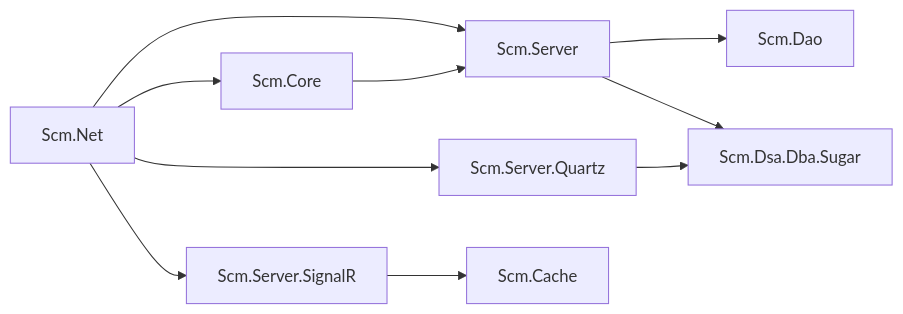
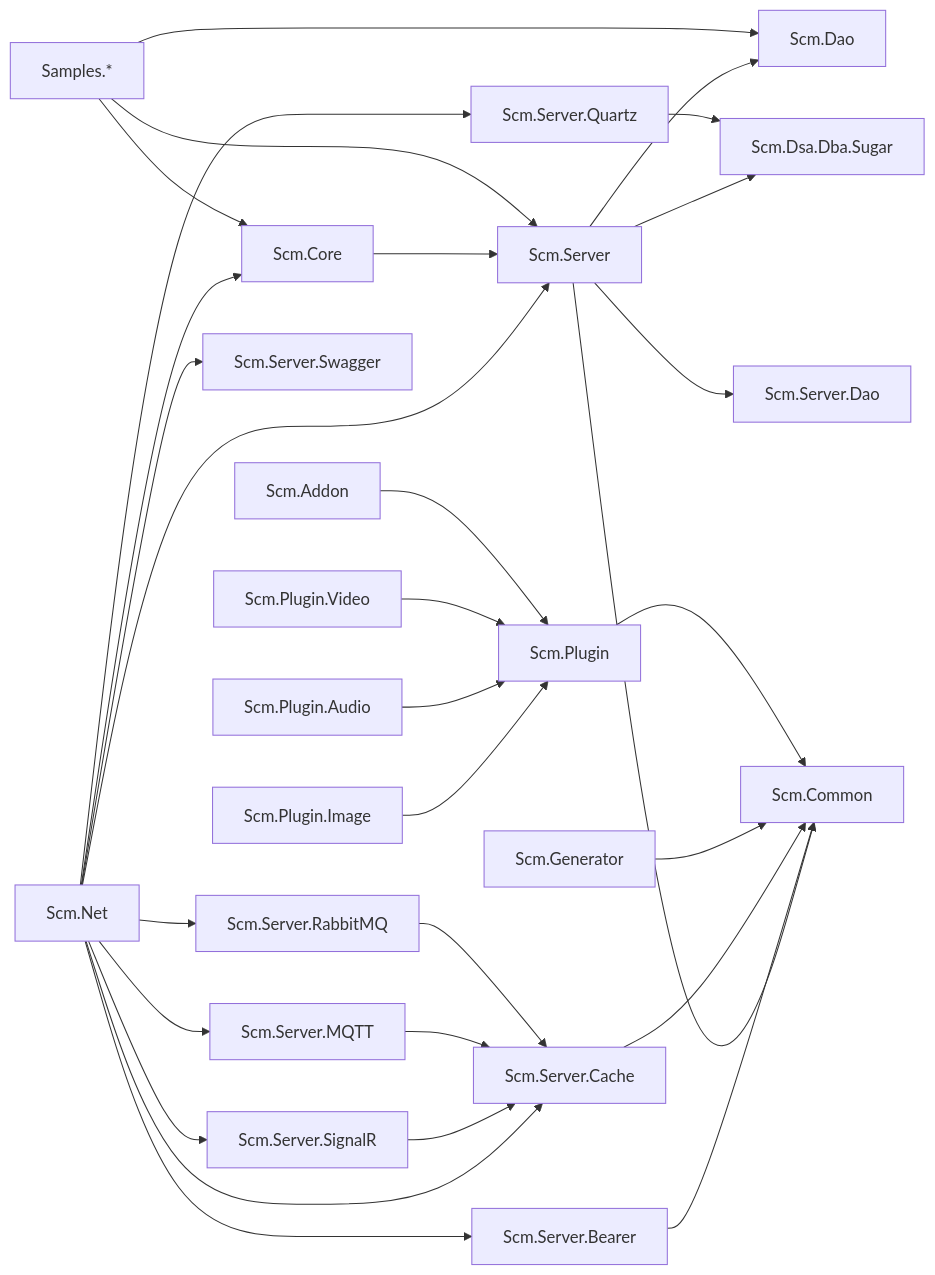
Before and after one commit to leadiot/Scm.Net: the tenth of 10 diagrams in .qoder/repowiki/zh/content/项目概述/技术架构.md, drawn with Mermaid. The commit also changed other lines of this file and 19 other files, not shown here.

````diff
--- a/.qoder/repowiki/zh/content/项目概述/技术架构.md
+++ b/.qoder/repowiki/zh/content/项目概述/技术架构.md
@@ -310,12 +522,32 @@
 ```mermaid
 graph LR
 NET["Scm.Net"] --> CORE["Scm.Core"]
 NET --> SRV["Scm.Server"]
 NET --> QZ["Scm.Server.Quartz"]
 NET --> SIG["Scm.Server.SignalR"]
+NET --> MQTT["Scm.Server.MQTT"]
+NET --> RMQ["Scm.Server.RabbitMQ"]
+NET --> BEARER["Scm.Server.Bearer"]
+NET --> CACHE["Scm.Server.Cache"]
+NET --> SWAGGER["Scm.Server.Swagger"]
 SRV --> DAO["Scm.Dao"]
 SRV --> SUGAR["Scm.Dsa.Dba.Sugar"]
+SRV --> COMMON["Scm.Common"]
+SRV --> SERVER_DAO["Scm.Server.Dao"]
 QZ --> SUGAR
-SIG --> CACHE["Scm.Cache"]
+SIG --> CACHE
+MQTT --> CACHE
+RMQ --> CACHE
+BEARER --> COMMON
+CACHE --> COMMON
 CORE --> SRV
+GEN["Scm.Generator"] --> COMMON
+PLUGIN["Scm.Plugin"] --> COMMON
+PLUGIN_IMAGE["Scm.Plugin.Image"] --> PLUGIN
+PLUGIN_AUDIO["Scm.Plugin.Audio"] --> PLUGIN
+PLUGIN_VIDEO["Scm.Plugin.Video"] --> PLUGIN
+ADDON["Scm.Addon"] --> PLUGIN
+SAMPLES["Samples.*"] --> CORE
+SAMPLES --> SRV
+SAMPLES --> DAO
 ```
````
